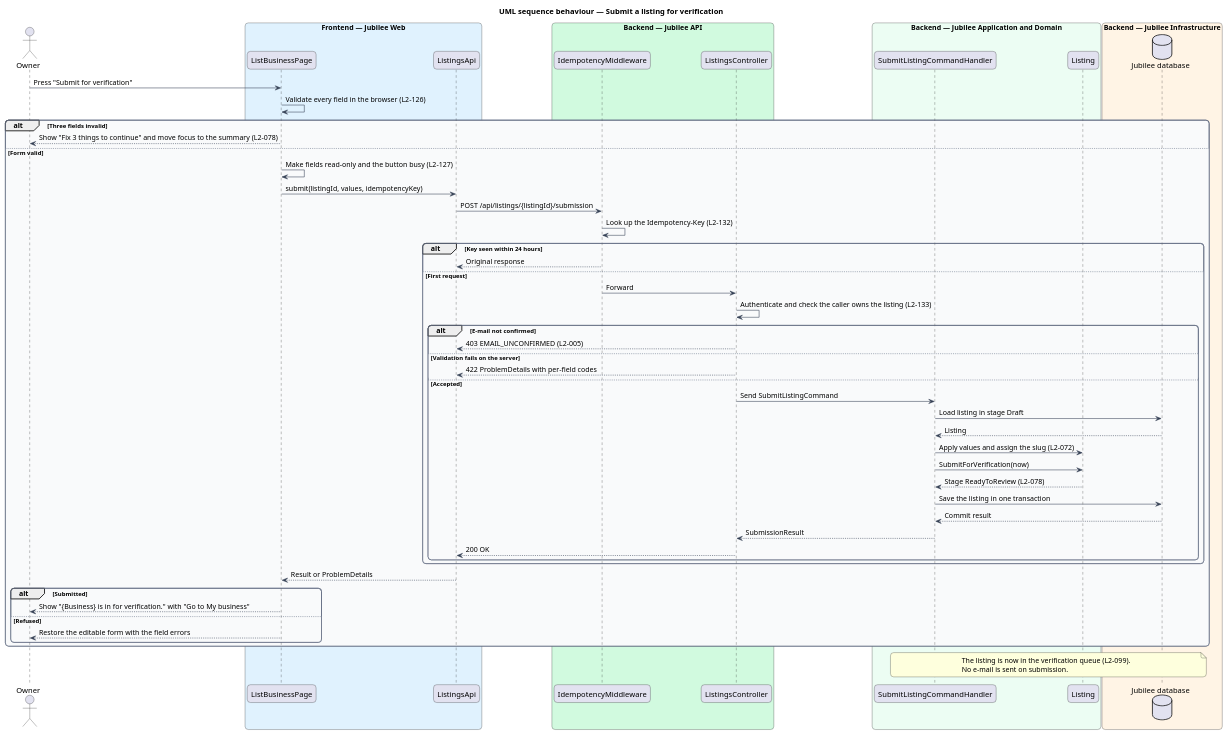
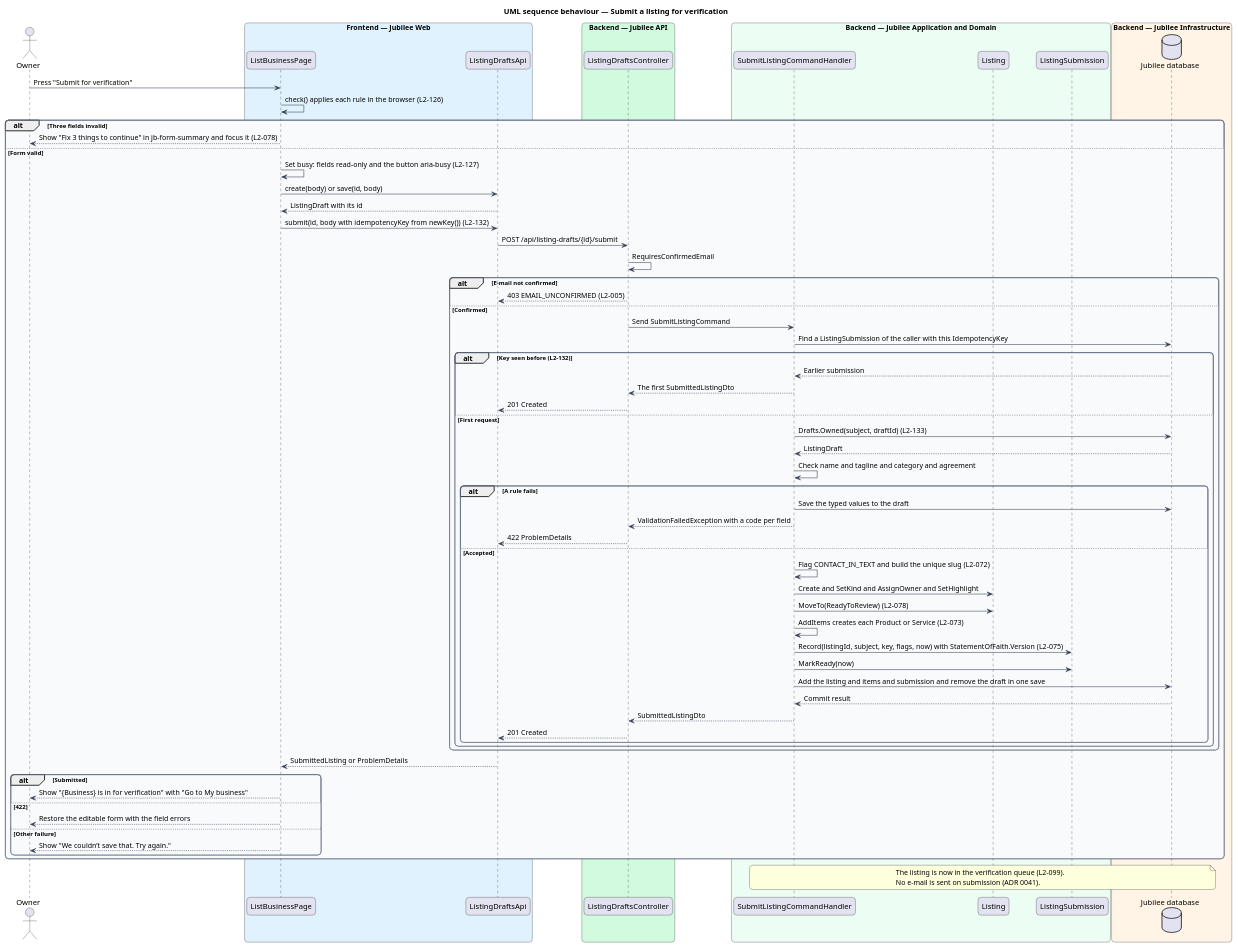
One commit to QuinntyneBrown/jubilee changed the diagram in docs/detailed-designs/onboarding/submit-for-verification/diagrams/sequence-submit.puml. Above: the diagram before and after it, drawn with PlantUML. The commit also changed 43 other files, not shown here.

Commit message:
Bring the three listing designs in line with the code and with what finishing journey 10 adds; amend ADR 0018

```diff
--- a/docs/detailed-designs/onboarding/submit-for-verification/diagrams/sequence-submit.puml
+++ b/docs/detailed-designs/onboarding/submit-for-verification/diagrams/sequence-submit.puml
@@ -1,75 +1,88 @@
 @startuml
 title UML sequence behaviour — Submit a listing for verification
 skinparam backgroundColor #FFFFFF
 skinparam shadowing false
 skinparam roundcorner 12
 skinparam defaultFontName Arial
 skinparam ArrowColor #344054
 skinparam rectangle {
   BorderColor #344054
   FontColor #101828
 }
 skinparam package {
   BorderColor #667085
   FontColor #101828
   BackgroundColor #F9FAFB
 }
 actor "Owner" as actor
 box "Frontend — Jubilee Web" #E0F2FE
   participant "ListBusinessPage" as page
-  participant "ListingsApi" as client
+  participant "ListingDraftsApi" as client
 end box
 box "Backend — Jubilee API" #D1FADF
-  participant "IdempotencyMiddleware" as idem
-  participant "ListingsController" as controller
+  participant "ListingDraftsController" as controller
 end box
 box "Backend — Jubilee Application and Domain" #ECFDF3
   participant "SubmitListingCommandHandler" as handler
   participant "Listing" as entity
+  participant "ListingSubmission" as submission
 end box
 box "Backend — Jubilee Infrastructure" #FFF4E5
   database "Jubilee database" as db
 end box
 actor -> page : Press "Submit for verification"
-page -> page : Validate every field in the browser (L2-126)
+page -> page : check() applies each rule in the browser (L2-126)
 alt Three fields invalid
-  page --> actor : Show "Fix 3 things to continue" and move focus to the summary (L2-078)
+  page --> actor : Show "Fix 3 things to continue" in jb-form-summary and focus it (L2-078)
 else Form valid
-  page -> page : Make fields read-only and the button busy (L2-127)
-  page -> client : submit(listingId, values, idempotencyKey)
-  client -> idem : POST /api/listings/{listingId}/submission
-  idem -> idem : Look up the Idempotency-Key (L2-132)
-  alt Key seen within 24 hours
-    idem --> client : Original response
-  else First request
-    idem -> controller : Forward
-    controller -> controller : Authenticate and check the caller owns the listing (L2-133)
-    alt E-mail not confirmed
-      controller --> client : 403 EMAIL_UNCONFIRMED (L2-005)
-    else Validation fails on the server
-      controller --> client : 422 ProblemDetails with per-field codes
-    else Accepted
-      controller -> handler : Send SubmitListingCommand
-      handler -> db : Load listing in stage Draft
-      db --> handler : Listing
-      handler -> entity : Apply values and assign the slug (L2-072)
-      handler -> entity : SubmitForVerification(now)
-      entity --> handler : Stage ReadyToReview (L2-078)
-      handler -> db : Save the listing in one transaction
-      db --> handler : Commit result
-      handler --> controller : SubmissionResult
-      controller --> client : 200 OK
+  page -> page : Set busy: fields read-only and the button aria-busy (L2-127)
+  page -> client : create(body) or save(id, body)
+  client --> page : ListingDraft with its id
+  page -> client : submit(id, body with idempotencyKey from newKey()) (L2-132)
+  client -> controller : POST /api/listing-drafts/{id}/submit
+  controller -> controller : RequiresConfirmedEmail
+  alt E-mail not confirmed
+    controller --> client : 403 EMAIL_UNCONFIRMED (L2-005)
+  else Confirmed
+    controller -> handler : Send SubmitListingCommand
+    handler -> db : Find a ListingSubmission of the caller with this IdempotencyKey
+    alt Key seen before (L2-132)
+      db --> handler : Earlier submission
+      handler --> controller : The first SubmittedListingDto
+      controller --> client : 201 Created
+    else First request
+      handler -> db : Drafts.Owned(subject, draftId) (L2-133)
+      db --> handler : ListingDraft
+      handler -> handler : Check name and tagline and category and agreement
+      alt A rule fails
+        handler -> db : Save the typed values to the draft
+        handler --> controller : ValidationFailedException with a code per field
+        controller --> client : 422 ProblemDetails
+      else Accepted
+        handler -> handler : Flag CONTACT_IN_TEXT and build the unique slug (L2-072)
+        handler -> entity : Create and SetKind and AssignOwner and SetHighlight
+        handler -> entity : MoveTo(ReadyToReview) (L2-078)
+        handler -> handler : AddItems creates each Product or Service (L2-073)
+        handler -> submission : Record(listingId, subject, key, flags, now) with StatementOfFaith.Version (L2-075)
+        handler -> submission : MarkReady(now)
+        handler -> db : Add the listing and items and submission and remove the draft in one save
+        db --> handler : Commit result
+        handler --> controller : SubmittedListingDto
+        controller --> client : 201 Created
+      end
     end
   end
-  client --> page : Result or ProblemDetails
+  client --> page : SubmittedListing or ProblemDetails
   alt Submitted
-    page --> actor : Show "{Business} is in for verification." with "Go to My business"
-  else Refused
+    page --> actor : Show "{Business} is in for verification" with "Go to My business"
+  else 422
     page --> actor : Restore the editable form with the field errors
+  else Other failure
+    page --> actor : Show "We couldn’t save that. Try again."
   end
 end
 note over handler, db
   The listing is now in the verification queue (L2-099).
-  No e-mail is sent on submission.
+  No e-mail is sent on submission (ADR 0041).
 end note
 @enduml
```
